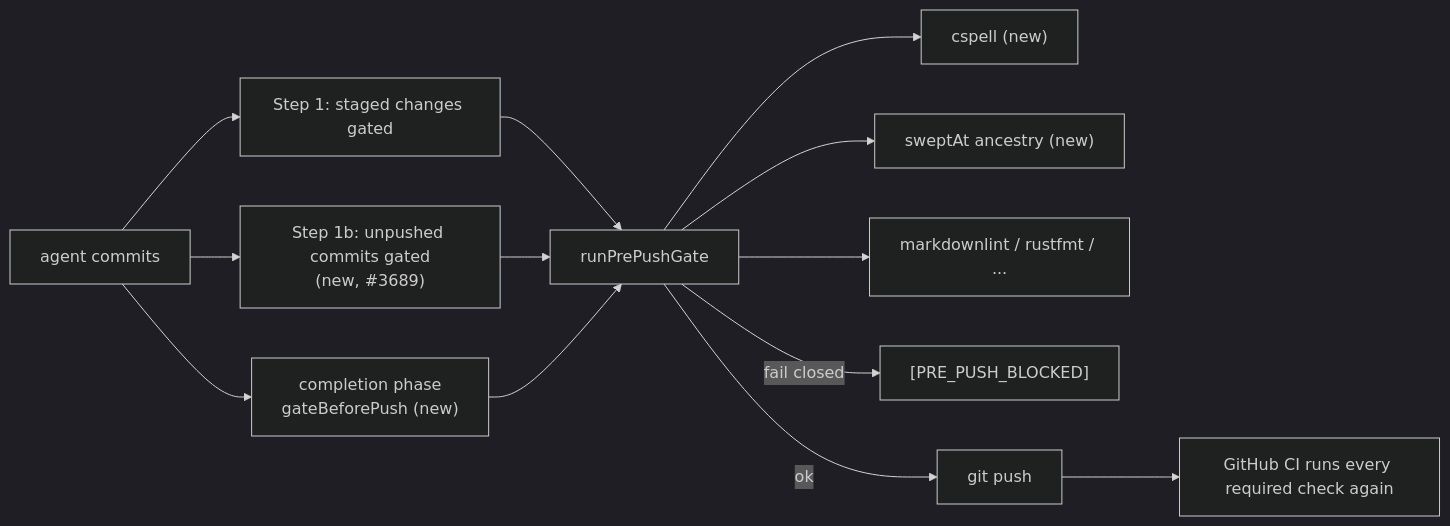
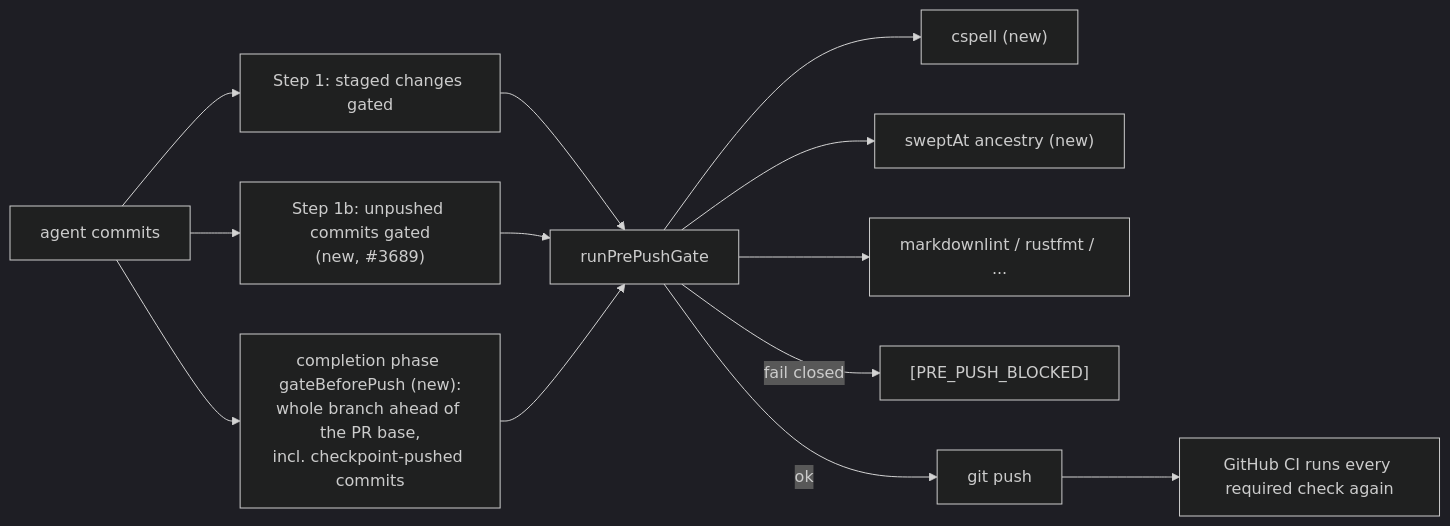
One commit to stSoftwareAU/VibeCoder changed the diagram in docs/archive/pr-summaries/pr-summary-3689.md. Above: the diagram before and after it, drawn with Mermaid (dark theme). The commit also changed other lines of this file and 9 other files, not shown here.

First line of the commit message:
Gate the whole branch before the PR, not only unpushed commits (PR #3716 review)

````diff
--- a/docs/archive/pr-summaries/pr-summary-3689.md
+++ b/docs/archive/pr-summaries/pr-summary-3689.md
@@ -30,15 +36,15 @@
 ```mermaid
 flowchart LR
     A["agent commits"] --> S1["Step 1: staged changes gated"]
     A --> S1b["Step 1b: unpushed commits gated<br/>(new, #3689)"]
-    A --> CP["completion phase<br/>gateBeforePush (new)"]
+    A --> CP["completion phase gateBeforePush (new):<br/>whole branch ahead of the PR base,<br/>incl. checkpoint-pushed commits"]
     S1 --> G["runPrePushGate"]
     S1b --> G
     CP --> G
     G --> C["cspell (new)"]
     G --> W["sweptAt ancestry (new)"]
     G --> M["markdownlint / rustfmt / ..."]
     G -- "fail closed" --> X["[PRE_PUSH_BLOCKED]"]
     G -- ok --> P["git push"]
     P --> CI["GitHub CI runs every required check again"]
 ```
````
